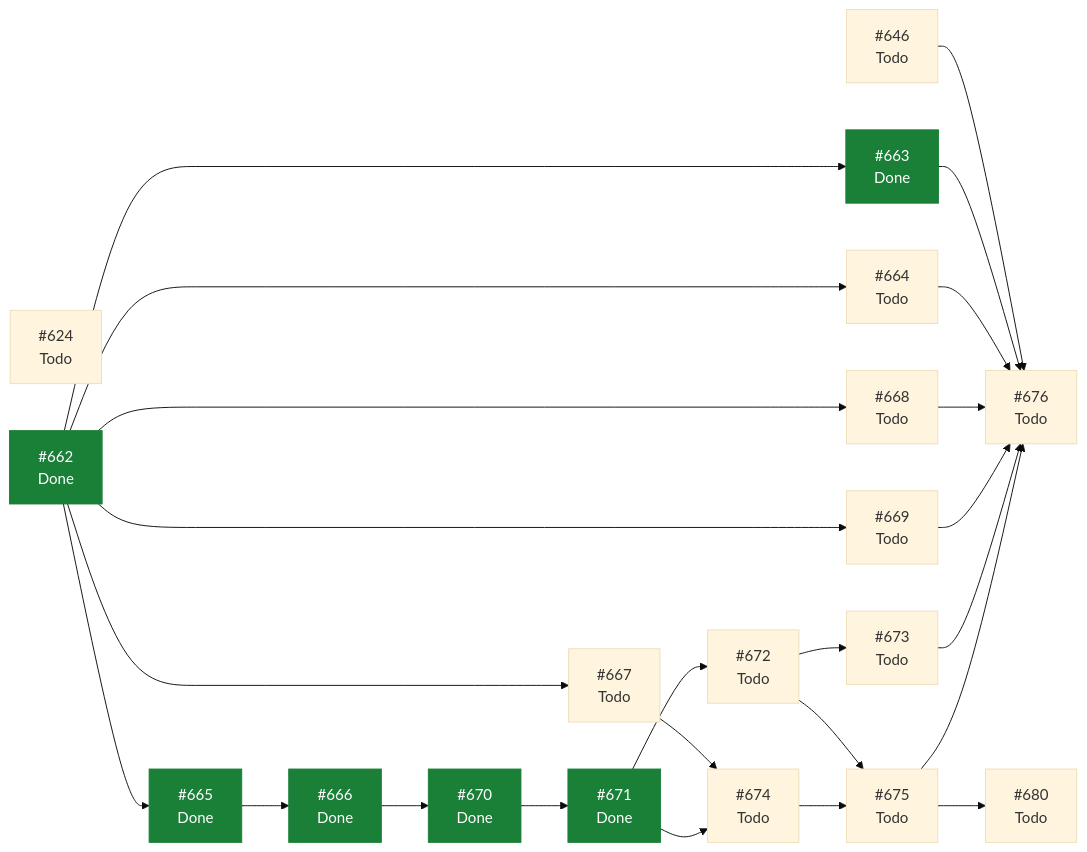
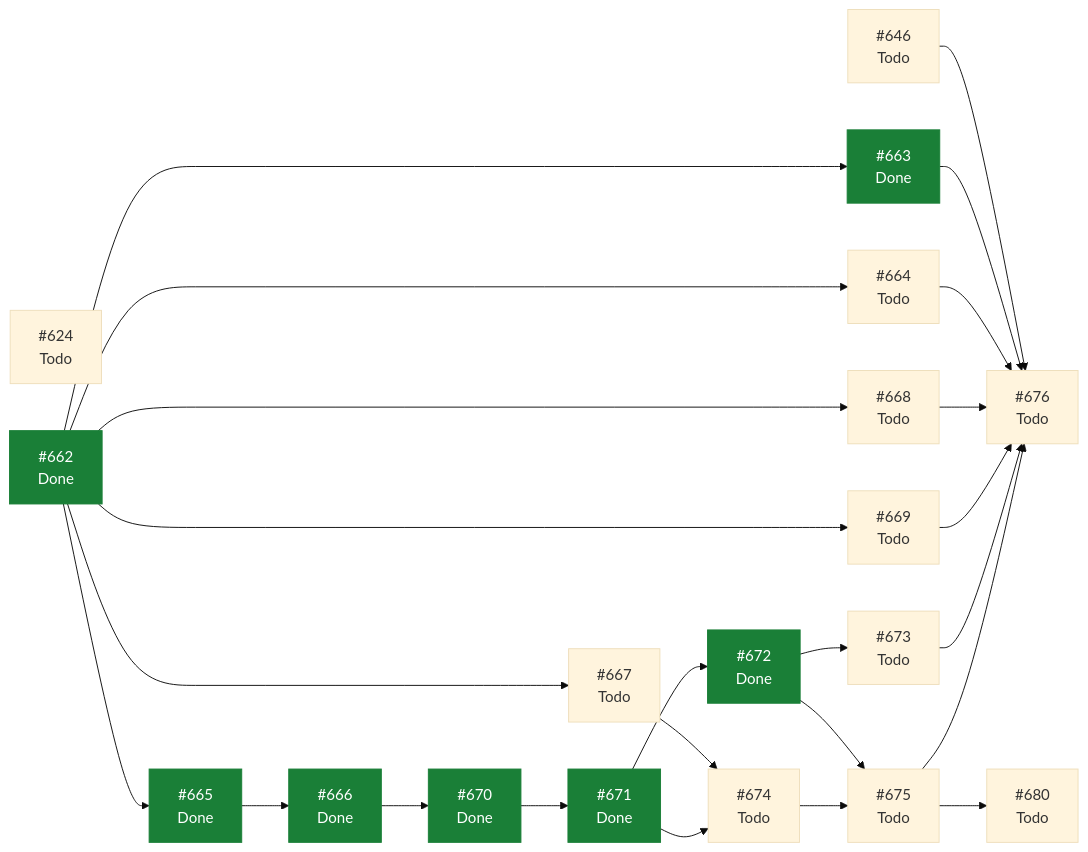
One commit to ecamp0s/evault changed the diagram in docs/planning/STATUS.md. Above: the diagram before and after it, drawn with Mermaid (base theme). The commit also changed other lines of this file, not shown here.

````diff
--- a/docs/planning/STATUS.md
+++ b/docs/planning/STATUS.md
@@ -119,46 +119,46 @@
 ```mermaid
 graph LR
   I624["#624<br/>Todo"]
   I646["#646<br/>Todo"]
   I662["#662<br/>Done"]
   I663["#663<br/>Done"]
   I664["#664<br/>Todo"]
   I665["#665<br/>Done"]
   I666["#666<br/>Done"]
   I667["#667<br/>Todo"]
   I668["#668<br/>Todo"]
   I669["#669<br/>Todo"]
   I670["#670<br/>Done"]
   I671["#671<br/>Done"]
-  I672["#672<br/>Todo"]
+  I672["#672<br/>Done"]
   I673["#673<br/>Todo"]
   I674["#674<br/>Todo"]
   I675["#675<br/>Todo"]
   I676["#676<br/>Todo"]
   I680["#680<br/>Todo"]
   I646 --> I676
   I662 --> I663
   I662 --> I664
   I662 --> I665
   I662 --> I667
   I662 --> I668
   I662 --> I669
   I663 --> I676
   I664 --> I676
   I665 --> I666
   I666 --> I670
   I667 --> I674
   I668 --> I676
   I669 --> I676
   I670 --> I671
   I671 --> I672
   I671 --> I674
   I672 --> I673
   I672 --> I675
   I673 --> I676
   I674 --> I675
   I675 --> I676
   I675 --> I680
   classDef hecho fill:#1a7f37,stroke:#1a7f37,color:#fff;
-  class I662,I663,I665,I666,I670,I671 hecho;
+  class I662,I663,I665,I666,I670,I671,I672 hecho;
 ```
````
